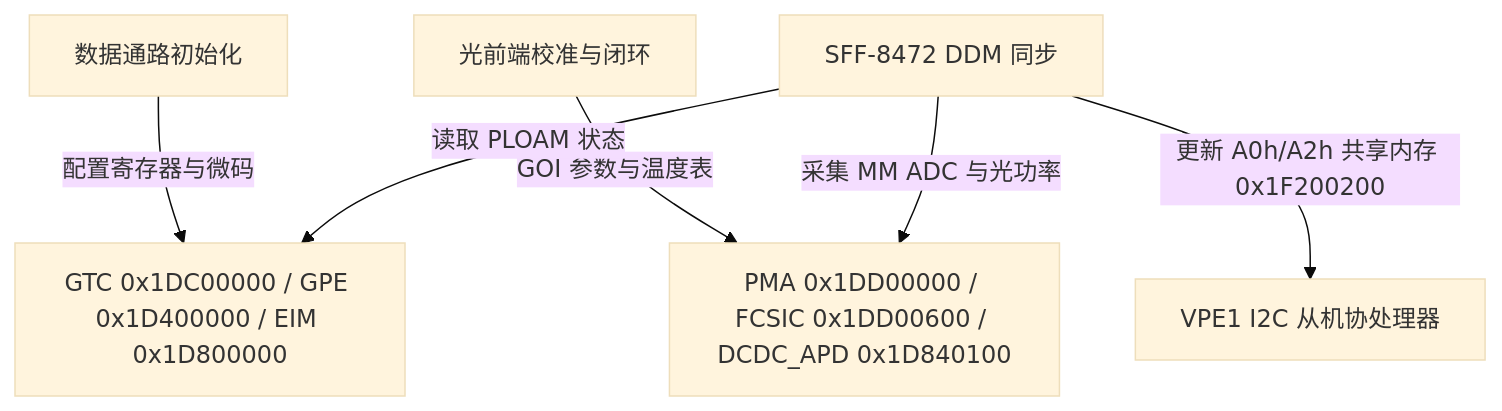
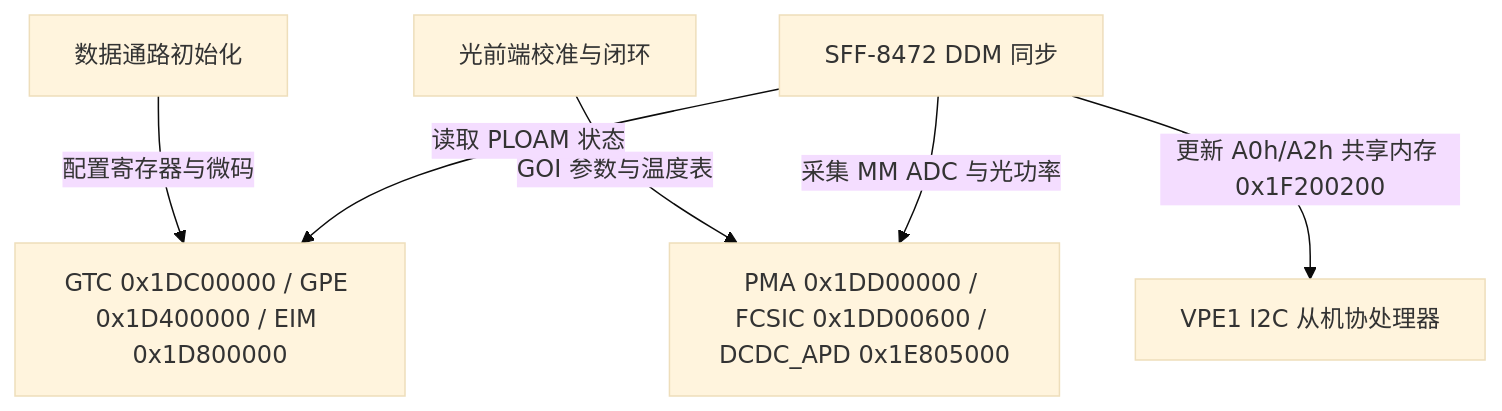
The diagram in 09_control_flow/04_userspace_control_tools.md (difanz/lantiq-falcon-s-docs), drawn with Mermaid (base theme) before and after one commit. The commit also changed other lines of this file and 52 other files, not shown here.

````diff
--- a/09_control_flow/04_userspace_control_tools.md
+++ b/09_control_flow/04_userspace_control_tools.md
@@ -5,8 +23,8 @@
 ```mermaid
 flowchart TD
     ONU_INIT["数据通路初始化"] -->|配置寄存器与微码| DEV_ONU["GTC 0x1DC00000 / GPE 0x1D400000 / EIM 0x1D800000"]
-    OPTIC_INIT["光前端校准与闭环"] -->|GOI 参数与温度表| DEV_OPTIC["PMA 0x1DD00000 / FCSIC 0x1DD00600 / DCDC_APD 0x1D840100"]
+    OPTIC_INIT["光前端校准与闭环"] -->|GOI 参数与温度表| DEV_OPTIC["PMA 0x1DD00000 / FCSIC 0x1DD00600 / DCDC_APD 0x1E805000"]
     SFP_LOOP["SFF-8472 DDM 同步"] -->|采集 MM ADC 与光功率| DEV_OPTIC
     SFP_LOOP -->|读取 PLOAM 状态| DEV_ONU
     SFP_LOOP -->|更新 A0h/A2h 共享内存 0x1F200200| DEV_SFP["VPE1 I2C 从机协处理器"]
 ```
````
